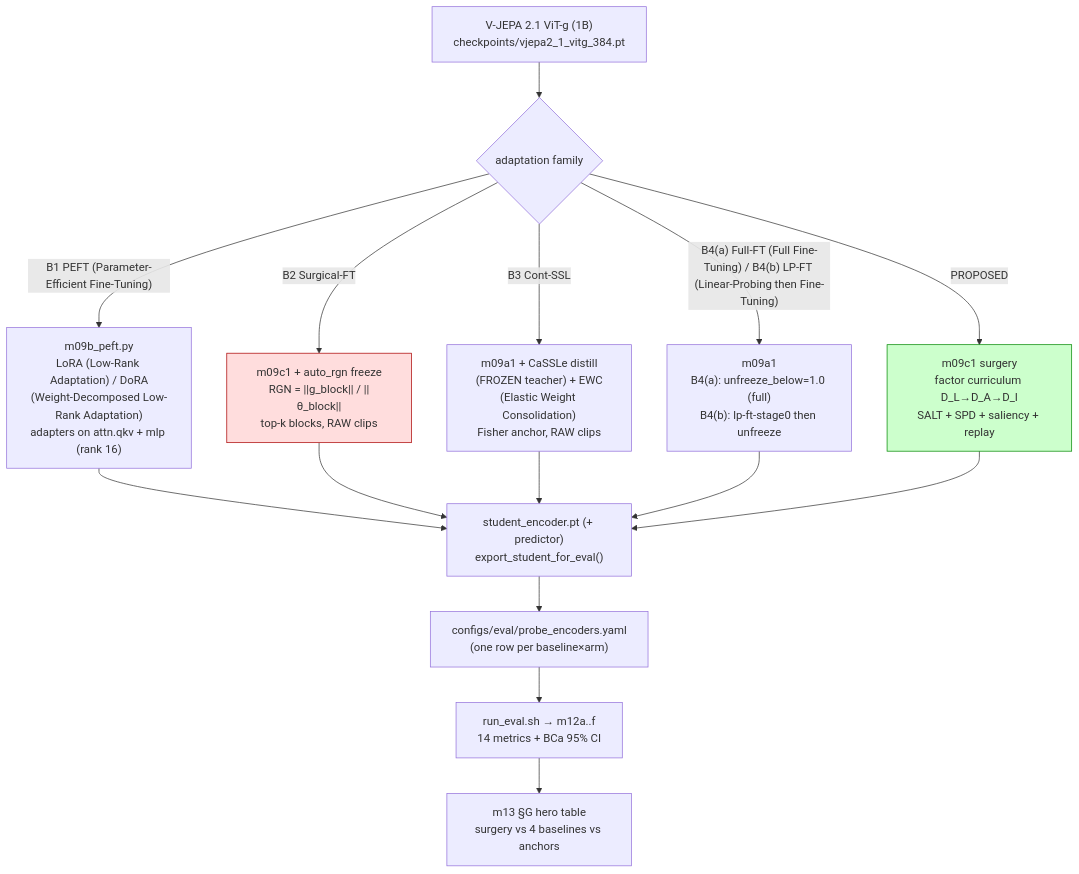
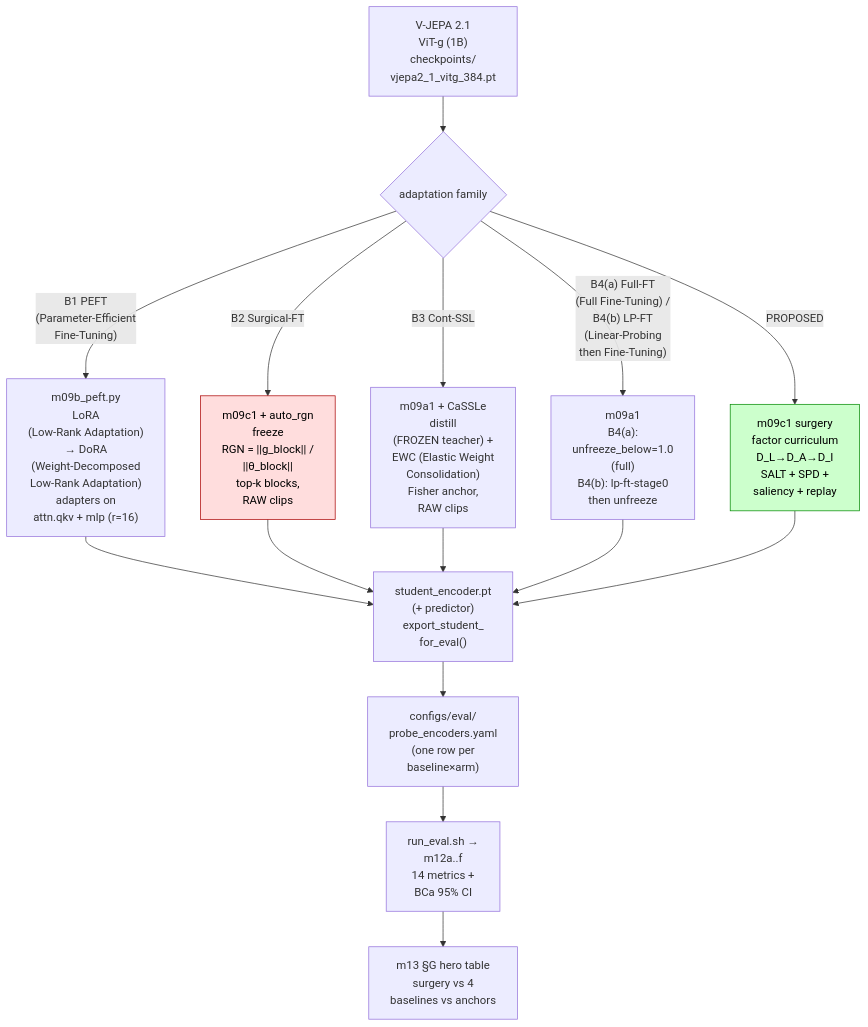
The second of 3 diagrams in iter/iter18_ablations_FTtechniues/plan_baselines_roadmap.md (kapilw25/LLM_asAgent_3D_SR), drawn with Mermaid before and after one commit. The commit also changed other lines of this file and 5 other files, not shown here.

````diff
--- a/iter/iter18_ablations_FTtechniues/plan_baselines_roadmap.md
+++ b/iter/iter18_ablations_FTtechniues/plan_baselines_roadmap.md
@@ -195,18 +196,18 @@
 ```mermaid
 flowchart TD
-    CKPT["V-JEPA 2.1 ViT-g (1B)\ncheckpoints/vjepa2_1_vitg_384.pt"] --> SEL{adaptation family}
+    CKPT["V-JEPA 2.1<br>ViT-g (1B)<br>checkpoints/<br>vjepa2_1_vitg_384.pt"] --> SEL{adaptation family}
 
-    SEL -->|"B1 PEFT (Parameter-Efficient Fine-Tuning)"| B1["m09b_peft.py\nLoRA (Low-Rank Adaptation) / DoRA\n(Weight-Decomposed Low-Rank Adaptation)\nadapters on attn.qkv + mlp (rank 16)"]
-    SEL -->|"B2 Surgical-FT"| B2["m09c1 + auto_rgn freeze\nRGN = ||g_block|| / ||θ_block||\ntop-k blocks, RAW clips"]
-    SEL -->|"B3 Cont-SSL"| B3["m09a1 + CaSSLe distill\n(FROZEN teacher) + EWC\n(Elastic Weight Consolidation)\nFisher anchor, RAW clips"]
-    SEL -->|"B4(a) Full-FT (Full Fine-Tuning) / B4(b) LP-FT (Linear-Probing then Fine-Tuning)"| B4["m09a1\nB4(a): unfreeze_below=1.0 (full)\nB4(b): lp-ft-stage0 then unfreeze"]
-    SEL -->|"PROPOSED"| S["m09c1 surgery\nfactor curriculum D_L→D_A→D_I\nSALT + SPD + saliency + replay"]
+    SEL -->|"B1 PEFT<br>(Parameter-Efficient<br>Fine-Tuning)"| B1["m09b_peft.py<br>LoRA<br>(Low-Rank Adaptation)<br>→ DoRA<br>(Weight-Decomposed<br>Low-Rank Adaptation)<br>adapters on<br>attn.qkv + mlp (r=16)"]
+    SEL -->|"B2 Surgical-FT"| B2["m09c1 + auto_rgn<br>freeze<br>RGN = ||g_block|| /<br>||θ_block||<br>top-k blocks,<br>RAW clips"]
+    SEL -->|"B3 Cont-SSL"| B3["m09a1 + CaSSLe<br>distill<br>(FROZEN teacher) +<br>EWC (Elastic Weight<br>Consolidation)<br>Fisher anchor,<br>RAW clips"]
+    SEL -->|"B4(a) Full-FT<br>(Full Fine-Tuning) /<br>B4(b) LP-FT<br>(Linear-Probing<br>then Fine-Tuning)"| B4["m09a1<br>B4(a):<br>unfreeze_below=1.0<br>(full)<br>B4(b): lp-ft-stage0<br>then unfreeze"]
+    SEL -->|"PROPOSED"| S["m09c1 surgery<br>factor curriculum<br>D_L→D_A→D_I<br>SALT + SPD +<br>saliency + replay"]
 
-    B1 & B2 & B3 & B4 & S --> EXP["student_encoder.pt (+ predictor)\nexport_student_for_eval()"]
-    EXP --> REG["configs/eval/probe_encoders.yaml\n(one row per baseline×arm)"]
-    REG --> EVAL["run_eval.sh → m12a..f\n14 metrics + BCa 95% CI"]
-    EVAL --> HERO["m13 §G hero table\nsurgery vs 4 baselines vs anchors"]
+    B1 & B2 & B3 & B4 & S --> EXP["student_encoder.pt<br>(+ predictor)<br>export_student_<br>for_eval()"]
+    EXP --> REG["configs/eval/<br>probe_encoders.yaml<br>(one row per<br>baseline×arm)"]
+    REG --> EVAL["run_eval.sh →<br>m12a..f<br>14 metrics +<br>BCa 95% CI"]
+    EVAL --> HERO["m13 §G hero table<br>surgery vs 4<br>baselines vs anchors"]
 
-    style S fill:#cfc,stroke:#080
-    style B2 fill:#fdd,stroke:#a00
+    style S fill:#cfc,stroke:#080,color:#000
+    style B2 fill:#fdd,stroke:#a00,color:#000
 ```
````
